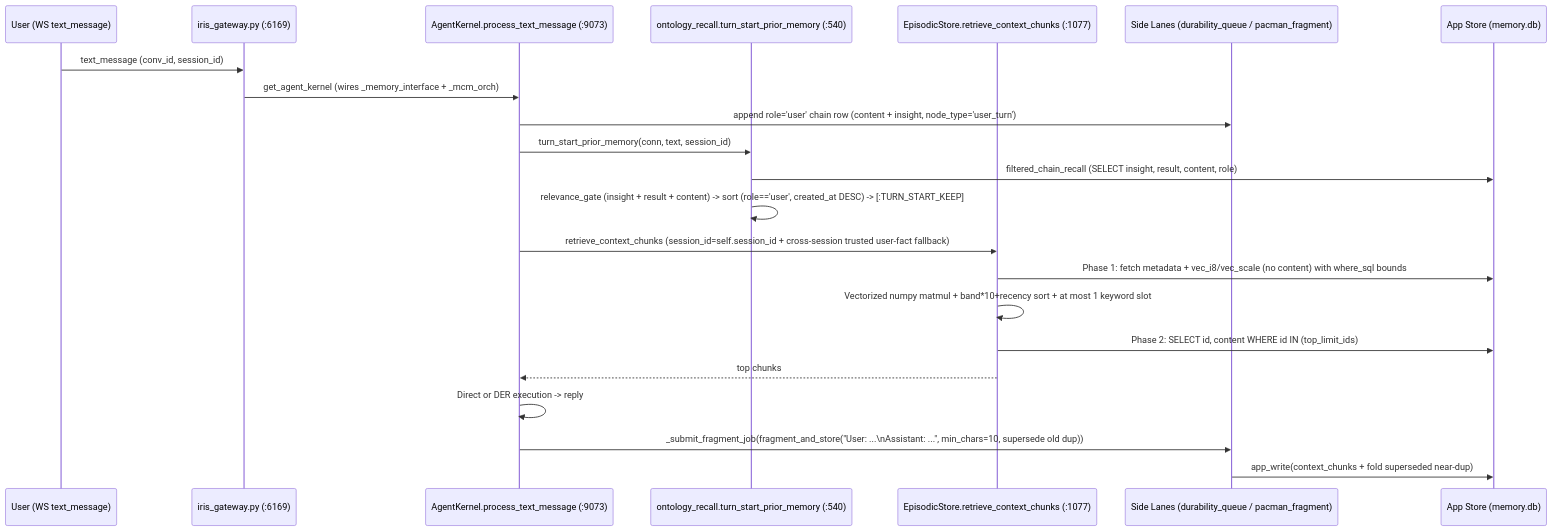
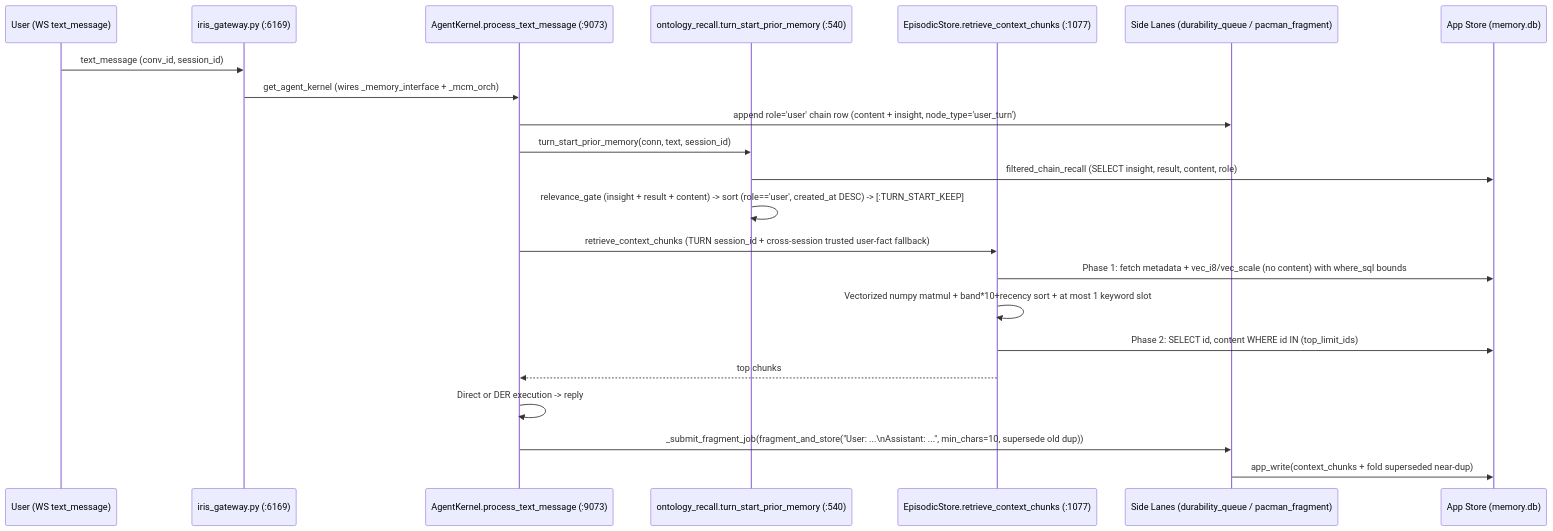
Before and after one commit to Midast0uch/IRISVOICE: the fourth of 4 diagrams in specs/memory-recall-reach/design.md, drawn with Mermaid. The commit also changed other lines of this file and 20 other files, not shown here.

````diff
--- a/specs/memory-recall-reach/design.md
+++ b/specs/memory-recall-reach/design.md
@@ -449,25 +534,25 @@
 ```mermaid
 sequenceDiagram
   participant U as User (WS text_message)
   participant G as iris_gateway.py (:6169)
   participant K as AgentKernel.process_text_message (:9073)
   participant O as ontology_recall.turn_start_prior_memory (:540)
   participant E as EpisodicStore.retrieve_context_chunks (:1077)
   participant L as Side Lanes (durability_queue / pacman_fragment)
   participant DB as App Store (memory.db)
 
   U->>G: text_message (conv_id, session_id)
   G->>K: get_agent_kernel (wires _memory_interface + _mcm_orch)
   K->>L: append role='user' chain row (content + insight, node_type='user_turn')
   K->>O: turn_start_prior_memory(conn, text, session_id)
   O->>DB: filtered_chain_recall (SELECT insight, result, content, role)
   O->>O: relevance_gate (insight + result + content) -> sort (role=='user', created_at DESC) -> [:TURN_START_KEEP]
-  K->>E: retrieve_context_chunks (session_id=self.session_id + cross-session trusted user-fact fallback)
+  K->>E: retrieve_context_chunks (TURN session_id + cross-session trusted user-fact fallback)
   E->>DB: Phase 1: fetch metadata + vec_i8/vec_scale (no content) with where_sql bounds
   E->>E: Vectorized numpy matmul + band*10+recency sort + at most 1 keyword slot
   E->>DB: Phase 2: SELECT id, content WHERE id IN (top_limit_ids)
   E-->>K: top chunks
   K->>K: Direct or DER execution -> reply
   K->>L: _submit_fragment_job(fragment_and_store("User: ...\nAssistant: ...", min_chars=10, supersede old dup))
   L->>DB: app_write(context_chunks + fold superseded near-dup)
 ```
````
